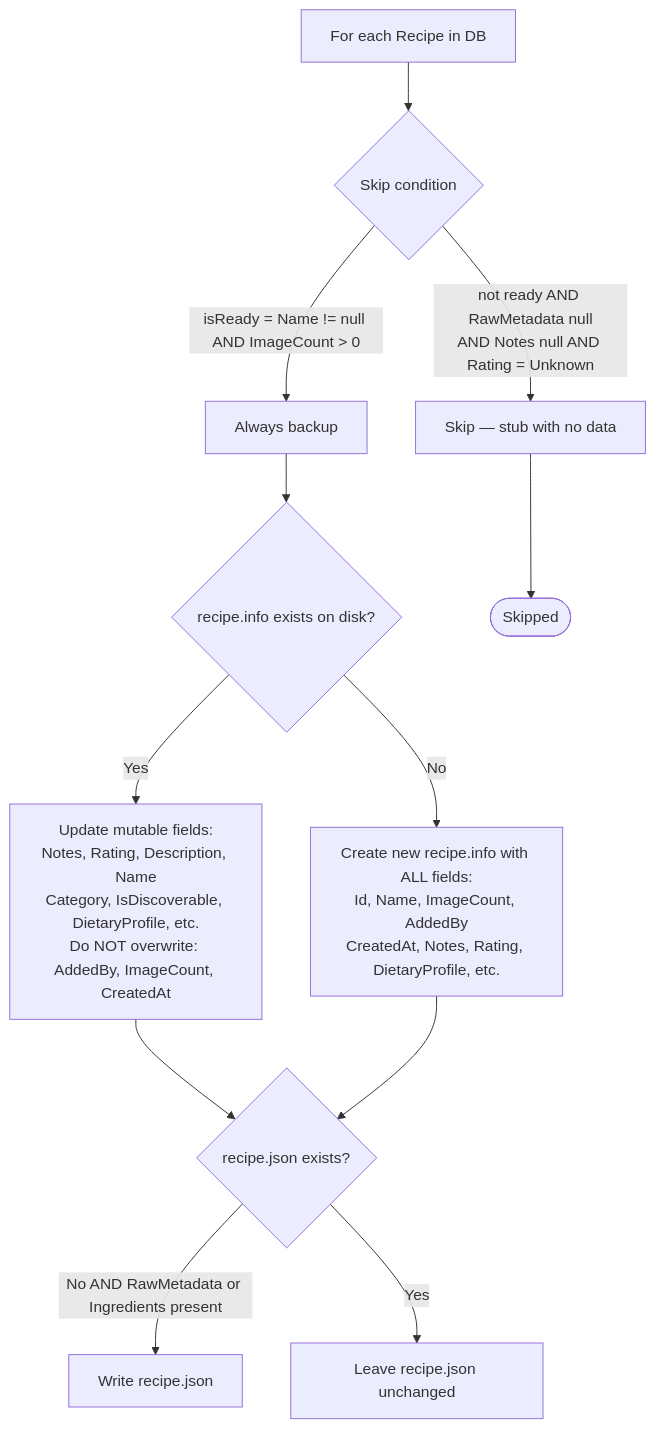
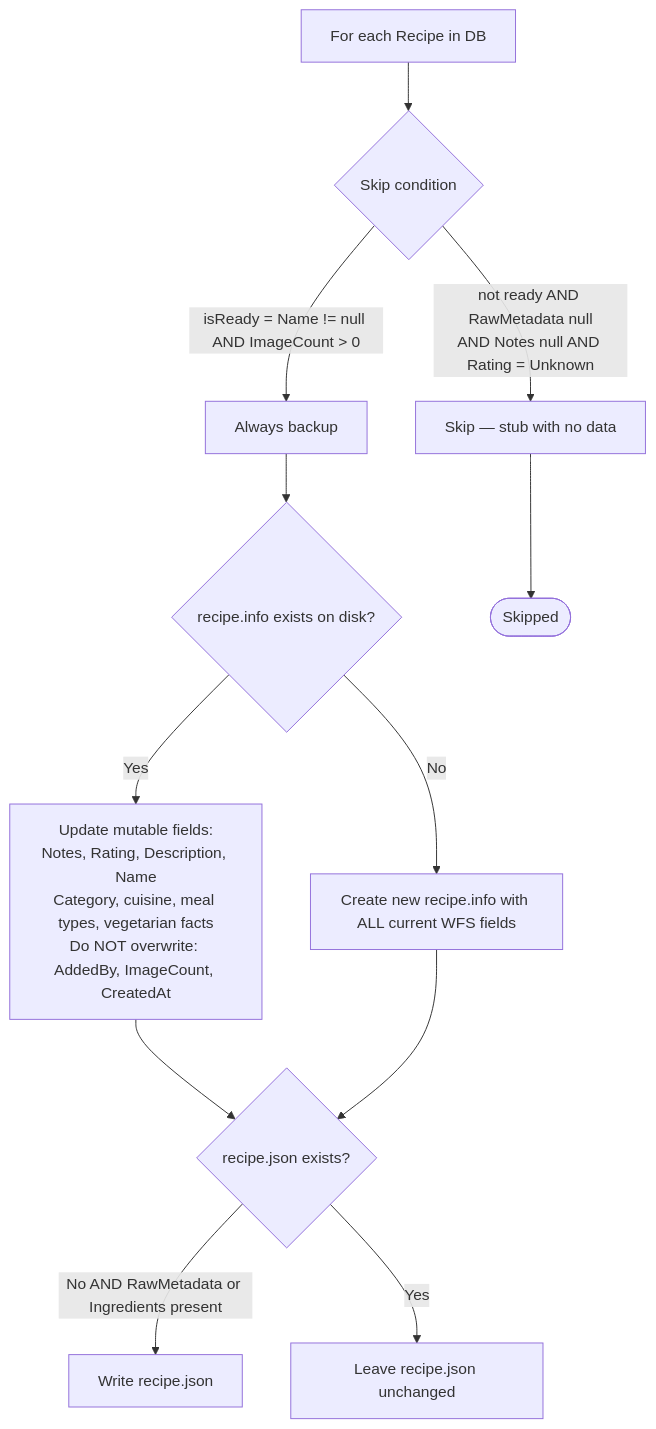
One commit to AlexandreBrisebois/whats-for-supper changed the first of 2 diagrams in docs/flows/data-flows/backup-restore-readiness.md. Above: the diagram before and after it, drawn with Mermaid. The commit also changed other lines of this file and 82 other files, not shown here.

````diff
--- a/docs/flows/data-flows/backup-restore-readiness.md
+++ b/docs/flows/data-flows/backup-restore-readiness.md
@@ -21,19 +24,19 @@
 ```mermaid
 flowchart TD
     A[For each Recipe in DB] --> B{Skip condition}
 
     B -->|isReady = Name != null AND ImageCount > 0| C[Always backup]
     B -->|not ready AND RawMetadata null\nAND Notes null AND Rating = Unknown| D[Skip — stub with no data]
 
     C --> E{recipe.info exists on disk?}
     D --> Z([Skipped])
 
-    E -->|Yes| F[Update mutable fields:\nNotes, Rating, Description, Name\nCategory, IsDiscoverable, DietaryProfile, etc.\nDo NOT overwrite: AddedBy, ImageCount, CreatedAt]
-    E -->|No| G[Create new recipe.info with ALL fields:\nId, Name, ImageCount, AddedBy\nCreatedAt, Notes, Rating, DietaryProfile, etc.]
+    E -->|Yes| F[Update mutable fields:\nNotes, Rating, Description, Name\nCategory, cuisine, meal types, vegetarian facts\nDo NOT overwrite: AddedBy, ImageCount, CreatedAt]
+    E -->|No| G[Create new recipe.info with ALL current WFS fields]
 
     F --> H{recipe.json exists?}
     G --> H
 
     H -->|No AND RawMetadata or Ingredients present| I[Write recipe.json]
     H -->|Yes| J[Leave recipe.json unchanged]
 ```
````
